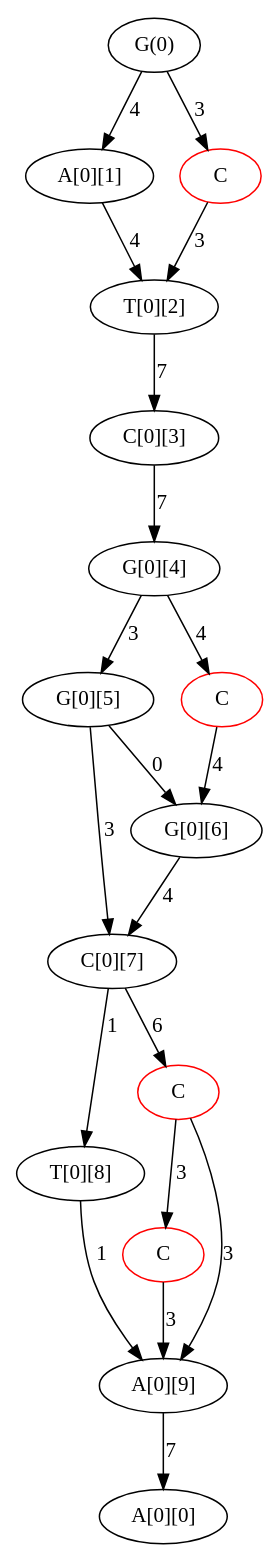
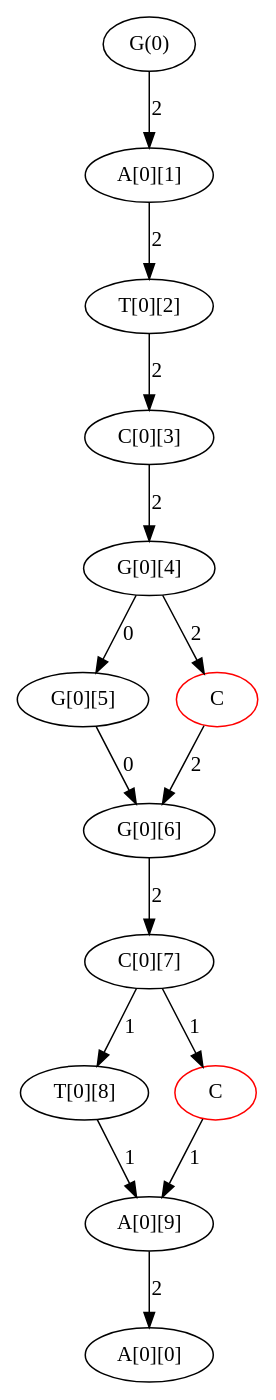
One commit to keithyin/Sparc changed the diagram in subgraph.dot. Above: the diagram before and after it, drawn with Graphviz. The commit also changed 18 other files, not shown here.

```diff
--- a/subgraph.dot
+++ b/subgraph.dot
@@ -1,41 +1,31 @@
 digraph G {
-"0x5555555958d0" [label="G(0)"];
-"0x5555555958d0" -> "0x555555595910" [label="4"];
-"0x555555595910" [label="A[0][1]"];
-"0x5555555958d0" -> "0x5555555960f0" [label="3"];
-"0x5555555960f0" [color=red,label="C"];
-"0x5555555960f0" -> "0x555555595990" [label="3"];
-"0x555555595990" [label="T[0][2]"];
-"0x555555595910" -> "0x555555595990" [label="4"];
-"0x555555595990" [label="T[0][2]"];
-"0x555555595990" -> "0x555555595a10" [label="7"];
-"0x555555595a10" [label="C[0][3]"];
-"0x555555595a10" -> "0x555555595a90" [label="7"];
-"0x555555595a90" [label="G[0][4]"];
-"0x555555595a90" -> "0x555555595b10" [label="3"];
-"0x555555595b10" [label="G[0][5]"];
-"0x555555595a90" -> "0x555555595f70" [label="4"];
-"0x555555595f70" [color=red,label="C"];
-"0x555555595f70" -> "0x555555595b90" [label="4"];
-"0x555555595b90" [label="G[0][6]"];
-"0x555555595b10" -> "0x555555595b90" [label="0"];
-"0x555555595b90" [label="G[0][6]"];
-"0x555555595b10" -> "0x555555595c10" [label="3"];
-"0x555555595c10" [label="C[0][7]"];
-"0x555555595b90" -> "0x555555595c10" [label="4"];
-"0x555555595c10" [label="C[0][7]"];
-"0x555555595c10" -> "0x555555595c90" [label="1"];
-"0x555555595c90" [label="T[0][8]"];
-"0x555555595c10" -> "0x555555596030" [label="6"];
-"0x555555596030" [color=red,label="C"];
-"0x555555596030" -> "0x555555595d10" [label="3"];
-"0x555555595d10" [label="A[0][9]"];
-"0x555555596030" -> "0x5555555961f0" [label="3"];
-"0x5555555961f0" [color=red,label="C"];
-"0x5555555961f0" -> "0x555555595d10" [label="3"];
-"0x555555595d10" [label="A[0][9]"];
-"0x555555595c90" -> "0x555555595d10" [label="1"];
-"0x555555595d10" [label="A[0][9]"];
-"0x555555595d10" -> "0x555555595d90" [label="7"];
-"0x555555595d90" [label="A[0][0]"];
+"0x76a234001440" [label="G(0)"];
+"0x76a234001440" -> "0x76a234001480" [label="2"];
+"0x76a234001480" [label="A[0][1]"];
+"0x76a234001480" -> "0x76a234001500" [label="2"];
+"0x76a234001500" [label="T[0][2]"];
+"0x76a234001500" -> "0x76a234001580" [label="2"];
+"0x76a234001580" [label="C[0][3]"];
+"0x76a234001580" -> "0x76a234001600" [label="2"];
+"0x76a234001600" [label="G[0][4]"];
+"0x76a234001600" -> "0x76a234001680" [label="0"];
+"0x76a234001680" [label="G[0][5]"];
+"0x76a234001600" -> "0x76a2340019b0" [label="2"];
+"0x76a2340019b0" [color=red,label="C"];
+"0x76a2340019b0" -> "0x76a234001700" [label="2"];
+"0x76a234001700" [label="G[0][6]"];
+"0x76a234001680" -> "0x76a234001700" [label="0"];
+"0x76a234001700" [label="G[0][6]"];
+"0x76a234001700" -> "0x76a234001780" [label="2"];
+"0x76a234001780" [label="C[0][7]"];
+"0x76a234001780" -> "0x76a234001800" [label="1"];
+"0x76a234001800" [label="T[0][8]"];
+"0x76a234001780" -> "0x76a234001a50" [label="1"];
+"0x76a234001a50" [color=red,label="C"];
+"0x76a234001a50" -> "0x76a234001880" [label="1"];
+"0x76a234001880" [label="A[0][9]"];
+"0x76a234001800" -> "0x76a234001880" [label="1"];
+"0x76a234001880" [label="A[0][9]"];
+"0x76a234001880" -> "0x76a234001900" [label="2"];
+"0x76a234001900" [label="A[0][0]"];
 }
```
